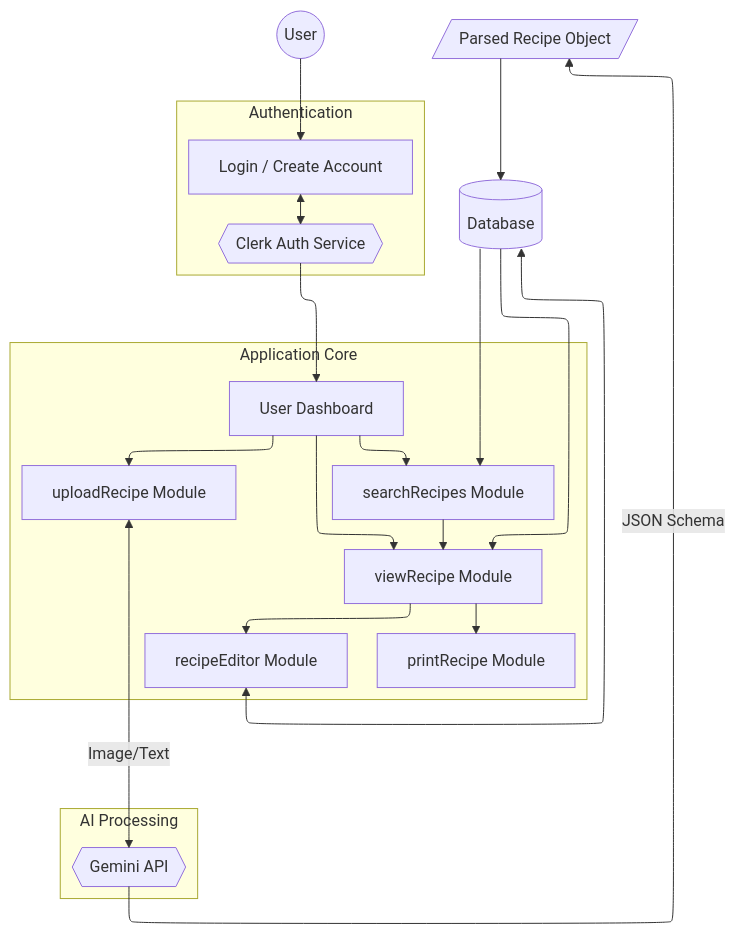
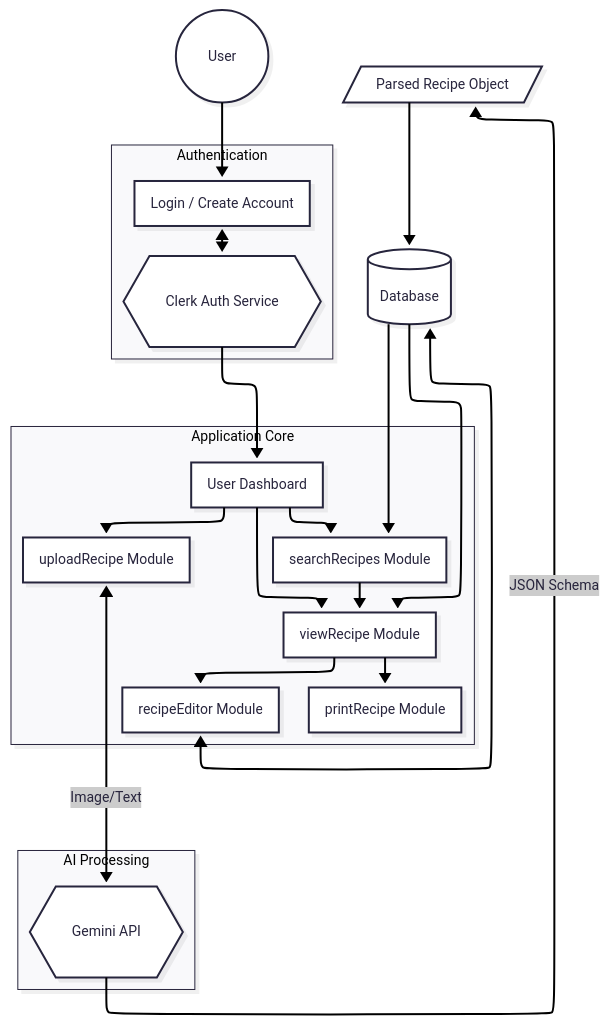
One commit to dommcdev/chopchop changed the diagram in docs/design/architecture-diagram.md. Above: the diagram before and after it, drawn with Mermaid. The commit also changed other lines of this file and 1 other file, not shown here.

Commit message:
add db diagram code as well

````diff
--- a/docs/design/architecture-diagram.md
+++ b/docs/design/architecture-diagram.md
@@ -1,43 +1,45 @@
 ```mermaid
 ---
 config:
   layout: elk
+  look: neo
+  theme: redux
 ---
 graph TD
     User((User))
 
     subgraph Auth_Layer [Authentication]
         Login[Login / Create Account]
         Clerk{{Clerk Auth Service}}
     end
 
     subgraph App_Logic [Application Core]
         Dashboard[User Dashboard]
         Upload[uploadRecipe Module]
         Viewer[viewRecipe Module]
         Editor[recipeEditor Module]
         Search[searchRecipes Module]
         Printer[printRecipe Module]
     end
 
     subgraph External_AI [AI Processing]
         Gemini{{Gemini API}}
     end
     User --> Login
     Login <--> Clerk
     Clerk --> Dashboard
     Dashboard --> Upload
     Upload <--> |Image/Text| Gemini
     Gemini --> |JSON Schema| Parsed[/Parsed Recipe Object/]
     Parsed --> DB
     Dashboard --> Search
     Dashboard --> Viewer
 
     Search --> Viewer
     Viewer --> Editor
     Viewer --> Printer
     DB[(Database)]
     Editor <--> DB
     DB --> Viewer
     DB --> Search
 ```
````
